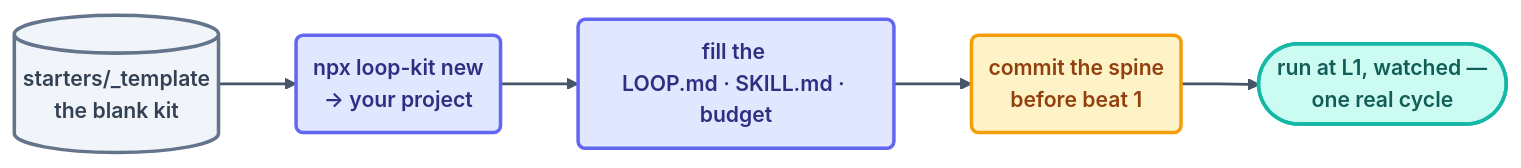
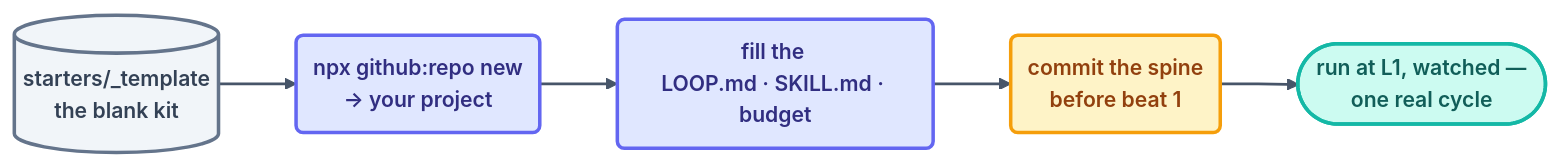
One commit to ayeshakhalid192007-dev/LoopEngineering-CrashCourse changed the diagram in docs/09-methods/scaffold-from-template.md. Above: the diagram before and after it, drawn with Mermaid. The commit also changed other lines of this file and 5 other files, not shown here.

````diff
--- a/docs/09-methods/scaffold-from-template.md
+++ b/docs/09-methods/scaffold-from-template.md
@@ -40,13 +42,13 @@
 ```mermaid
 %%{init: {'theme':'base','themeVariables':{'fontFamily':'ui-sans-serif, system-ui, sans-serif','fontSize':'15px','lineColor':'#475569','edgeLabelBackground':'#f8fafc'},'flowchart':{'curve':'basis','nodeSpacing':45,'rankSpacing':55,'padding':12}}}%%
 flowchart LR
-    T[("starters/_template<br/>the blank kit")]:::file --> CP("npx loop-kit new <loop-name><br/>→ your project"):::step
+    T[("starters/_template<br/>the blank kit")]:::file --> CP("npx github:repo new <loop-name><br/>→ your project"):::step
     CP --> FILL("fill the <blanks><br/>LOOP.md · SKILL.md · budget"):::step
     FILL --> COMMIT("commit the spine<br/>before beat 1"):::gate
     COMMIT --> RUN(["run at L1, watched —<br/>one real cycle"]):::win
     linkStyle default stroke:#475569,stroke-width:2px;
     classDef file fill:#f1f5f9,stroke:#64748b,stroke-width:2.5px,color:#334155,font-weight:600;
     classDef step fill:#e0e7ff,stroke:#6366f1,stroke-width:2.5px,color:#312e81,font-weight:600;
     classDef gate fill:#fef3c7,stroke:#f59e0b,stroke-width:2.5px,color:#92400e,font-weight:600;
     classDef win fill:#ccfbf1,stroke:#14b8a6,stroke-width:2.5px,color:#115e59,font-weight:600;
 ```
````
